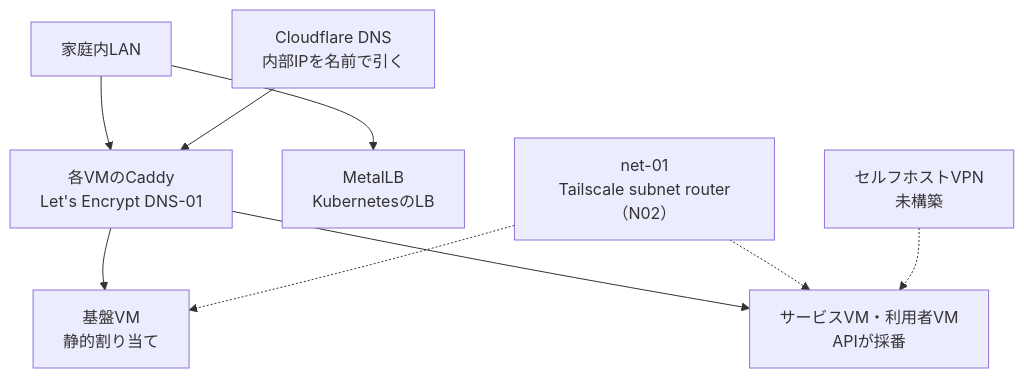
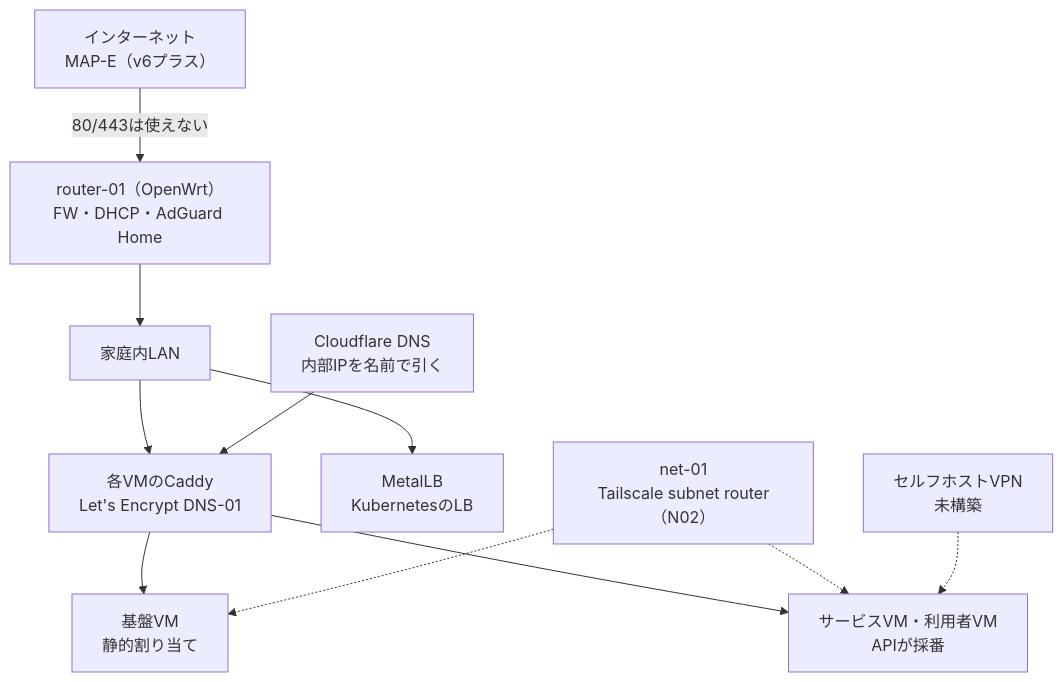
Diagram 13 of 14 in docs/architecture/overview.md (rurutheGeek/shake-cloud), drawn with Mermaid before and after one commit. The commit also changed other lines of this file and 10 other files, not shown here.

````diff
--- a/docs/architecture/overview.md
+++ b/docs/architecture/overview.md
@@ -494,20 +495,24 @@
 ```mermaid
 flowchart TB
+  net["インターネット<br/>MAP-E（v6プラス）"]
+  router["router-01（OpenWrt）<br/>FW・DHCP・AdGuard Home"]
   lan["家庭内LAN"]
   dns["Cloudflare DNS<br/>内部IPを名前で引く"]
   caddy["各VMのCaddy<br/>Let's Encrypt DNS-01"]
   fixed["基盤VM<br/>静的割り当て"]
   cloudips["サービスVM・利用者VM<br/>APIが採番"]
   metallb["MetalLB<br/>KubernetesのLB"]
   tailscale["net-01<br/>Tailscale subnet router（N02）"]
   vpn["セルフホストVPN<br/>未構築"]
 
+  net -->|"80/443は使えない"| router
+  router --> lan
   lan --> caddy
   dns --> caddy
   caddy --> fixed
   caddy --> cloudips
   lan --> metallb
   tailscale -.-> fixed
   tailscale -.-> cloudips
   vpn -.-> cloudips
 ```
````
